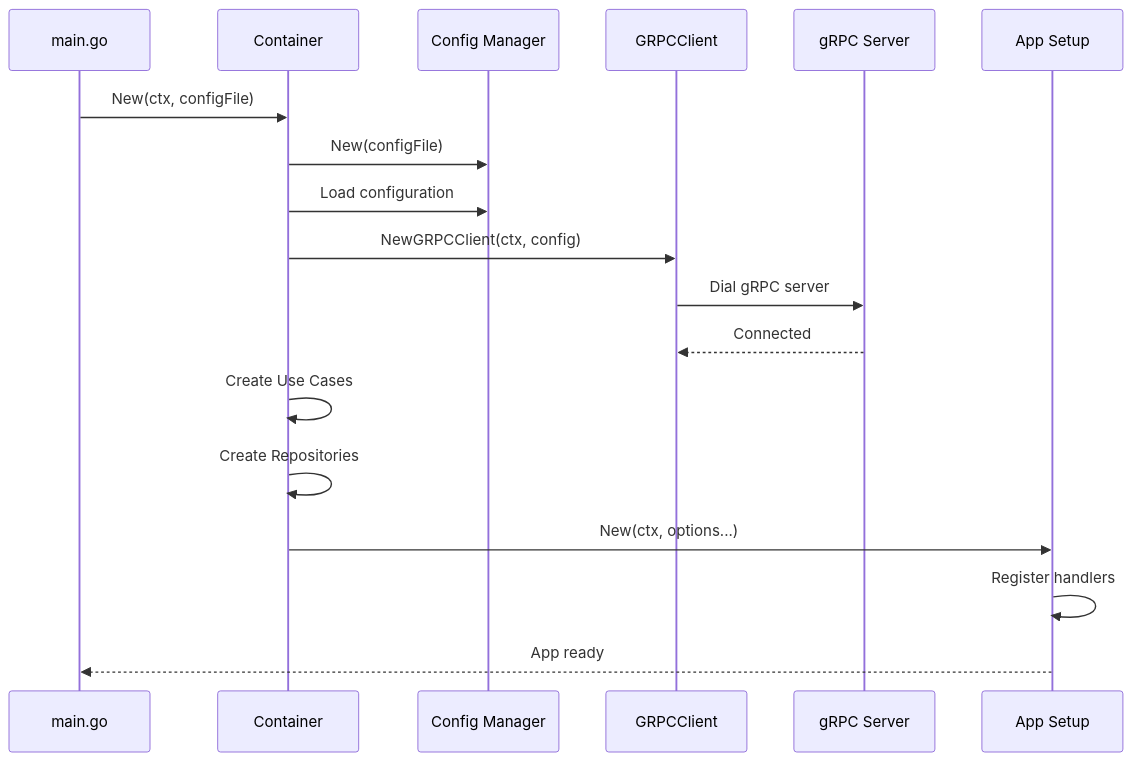
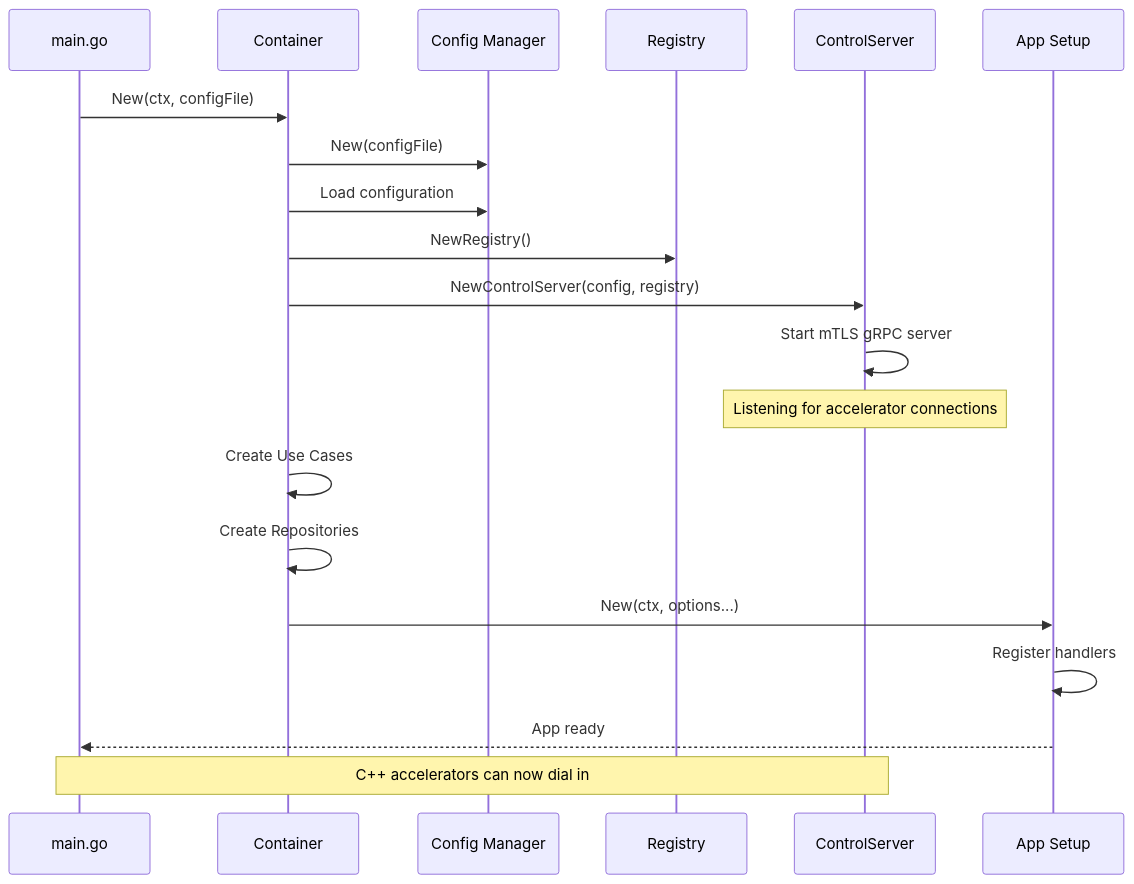
The second of 10 diagrams in src/go_api/README.md (josnelihurt/learning-cuda), drawn with Mermaid before and after one commit. The commit also changed other lines of this file and 2 other files, not shown here.

Commit message:
docs: documentation update for the new communication schema

````diff
--- a/src/go_api/README.md
+++ b/src/go_api/README.md
@@ -318,23 +345,27 @@
 ```mermaid
 sequenceDiagram
     participant Main as main.go
     participant Container as Container
     participant Config as Config Manager
-    participant GRPCClient as GRPCClient
-    participant GRPCServer as gRPC Server
+    participant Registry as Registry
+    participant ControlSrv as ControlServer
     participant App as App Setup
     
     Main->>Container: New(ctx, configFile)
     Container->>Config: New(configFile)
     Container->>Config: Load configuration
     
-    Container->>GRPCClient: NewGRPCClient(ctx, config)
-    GRPCClient->>GRPCServer: Dial gRPC server
-    GRPCServer-->>GRPCClient: Connected
+    Container->>Registry: NewRegistry()
+    Container->>ControlSrv: NewControlServer(config, registry)
+    ControlSrv->>ControlSrv: Start mTLS gRPC server
+    
+    Note over ControlSrv: Listening for accelerator connections
     
     Container->>Container: Create Use Cases
     Container->>Container: Create Repositories
     Container->>App: New(ctx, options...)
     App->>App: Register handlers
     App-->>Main: App ready
+    
+    Note over Main,ControlSrv: C++ accelerators can now dial in
 ```
````
